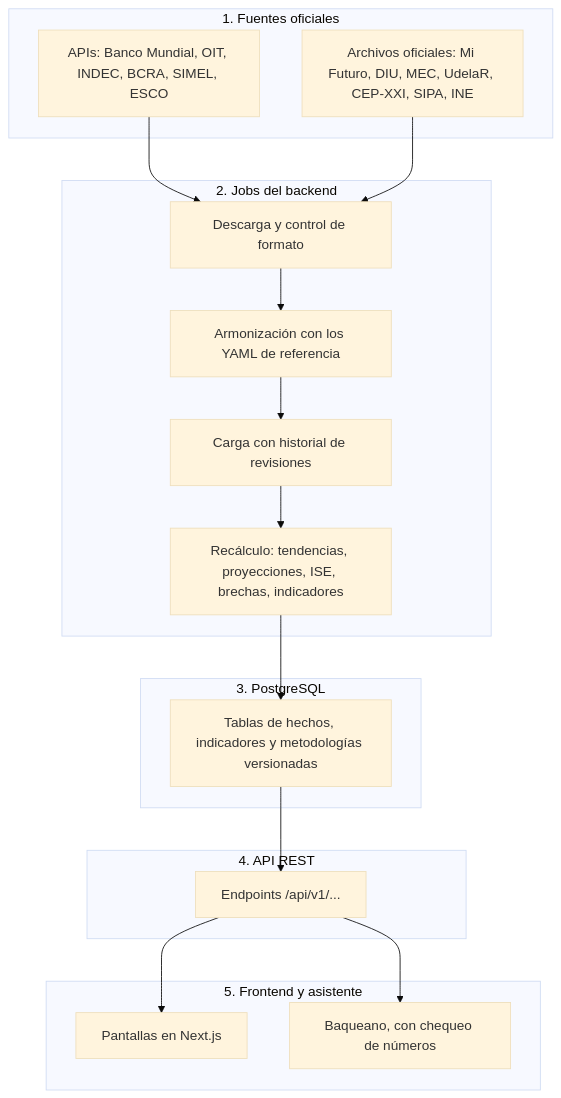
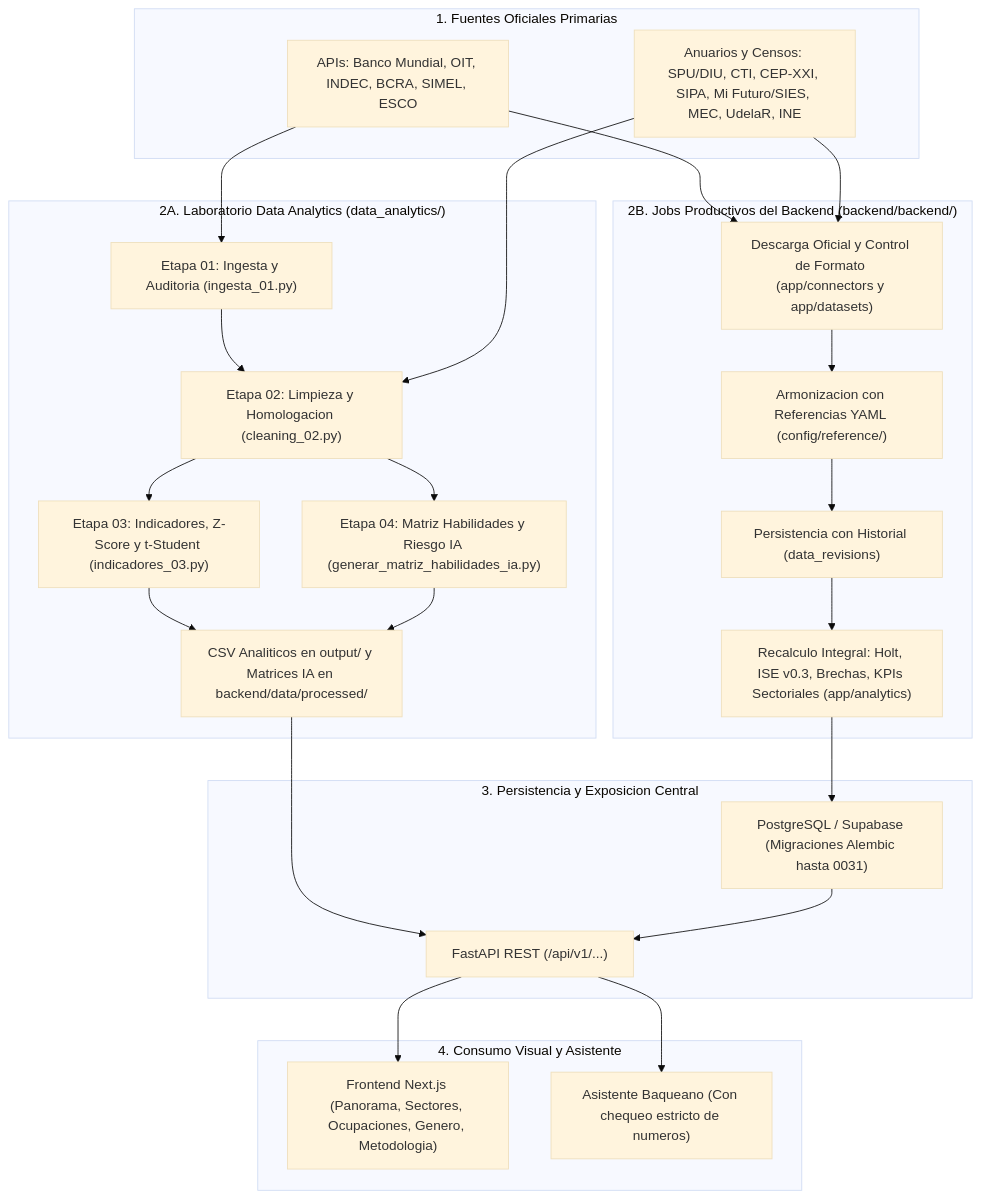
The diagram in data_analytics/README.md (e19-innovalab/observa_tendencias), drawn with Mermaid (base theme) before and after one commit. The commit also changed other lines of this file and 13 other files, not shown here.

First line of the commit message:
docs(data_analytics): unificar README, actualizar matrices IA y pipeline multipais

````diff
--- a/data_analytics/README.md
+++ b/data_analytics/README.md
@@ -61,37 +71,50 @@
 ```mermaid
 graph TD
-    subgraph S1["1. Fuentes oficiales"]
+    subgraph S1["1. Fuentes Oficiales Primarias"]
         F1["APIs: Banco Mundial, OIT, INDEC, BCRA, SIMEL, ESCO"]
-        F2["Archivos oficiales: Mi Futuro, DIU, MEC, UdelaR, CEP-XXI, SIPA, INE"]
+        F2["Anuarios y Censos: SPU/DIU, CTI, CEP-XXI, SIPA, Mi Futuro/SIES, MEC, UdelaR, INE"]
     end
 
-    subgraph S2["2. Jobs del backend"]
-        P1["Descarga y control de formato"]
-        P2["Armonización con los YAML de referencia"]
-        P3["Carga con historial de revisiones"]
-        P4["Recálculo: tendencias, proyecciones, ISE, brechas, indicadores"]
-        P1 --> P2
-        P2 --> P3
-        P3 --> P4
+    subgraph S2A["2A. Laboratorio Data Analytics (data_analytics/)"]
+        DA1["Etapa 01: Ingesta y Auditoria (ingesta_01.py)"]
+        DA2["Etapa 02: Limpieza y Homologacion (cleaning_02.py)"]
+        DA3["Etapa 03: Indicadores, Z-Score y t-Student (indicadores_03.py)"]
+        DA4["Etapa 04: Matriz Habilidades y Riesgo IA (generar_matriz_habilidades_ia.py)"]
+        DA_OUT["CSV Analiticos en output/ y Matrices IA en backend/data/processed/"]
+        DA1 --> DA2
+        DA2 --> DA3
+        DA2 --> DA4
+        DA3 --> DA_OUT
+        DA4 --> DA_OUT
     end
 
-    subgraph S3["3. PostgreSQL"]
-        DB["Tablas de hechos, indicadores y metodologías versionadas"]
-        P4 --> DB
+    subgraph S2B["2B. Jobs Productivos del Backend (backend/backend/)"]
+        BK1["Descarga Oficial y Control de Formato (app/connectors y app/datasets)"]
+        BK2["Armonizacion con Referencias YAML (config/reference/)"]
+        BK3["Persistencia con Historial (data_revisions)"]
+        BK4["Recalculo Integral: Holt, ISE v0.3, Brechas, KPIs Sectoriales (app/analytics)"]
+        BK1 --> BK2
+        BK2 --> BK3
+        BK3 --> BK4
     end
 
-    subgraph S4["4. API REST"]
-        API["Endpoints /api/v1/..."]
+    subgraph S3["3. Persistencia y Exposicion Central"]
+        DB["PostgreSQL / Supabase (Migraciones Alembic hasta 0031)"]
+        API["FastAPI REST (/api/v1/...)"]
+        BK4 --> DB
+        DA_OUT --> API
         DB --> API
     end
 
-    subgraph S5["5. Frontend y asistente"]
-        UI1["Pantallas en Next.js"]
-        UI2["Baqueano, con chequeo de números"]
+    subgraph S4["4. Consumo Visual y Asistente"]
+        UI1["Frontend Next.js (Panorama, Sectores, Ocupaciones, Genero, Metodologia)"]
+        UI2["Asistente Baqueano (Con chequeo estricto de numeros)"]
         API --> UI1
         API --> UI2
     end
 
-    F1 --> P1
-    F2 --> P1
+    F1 --> DA1
+    F2 --> DA2
+    F1 --> BK1
+    F2 --> BK1
 ```
````
